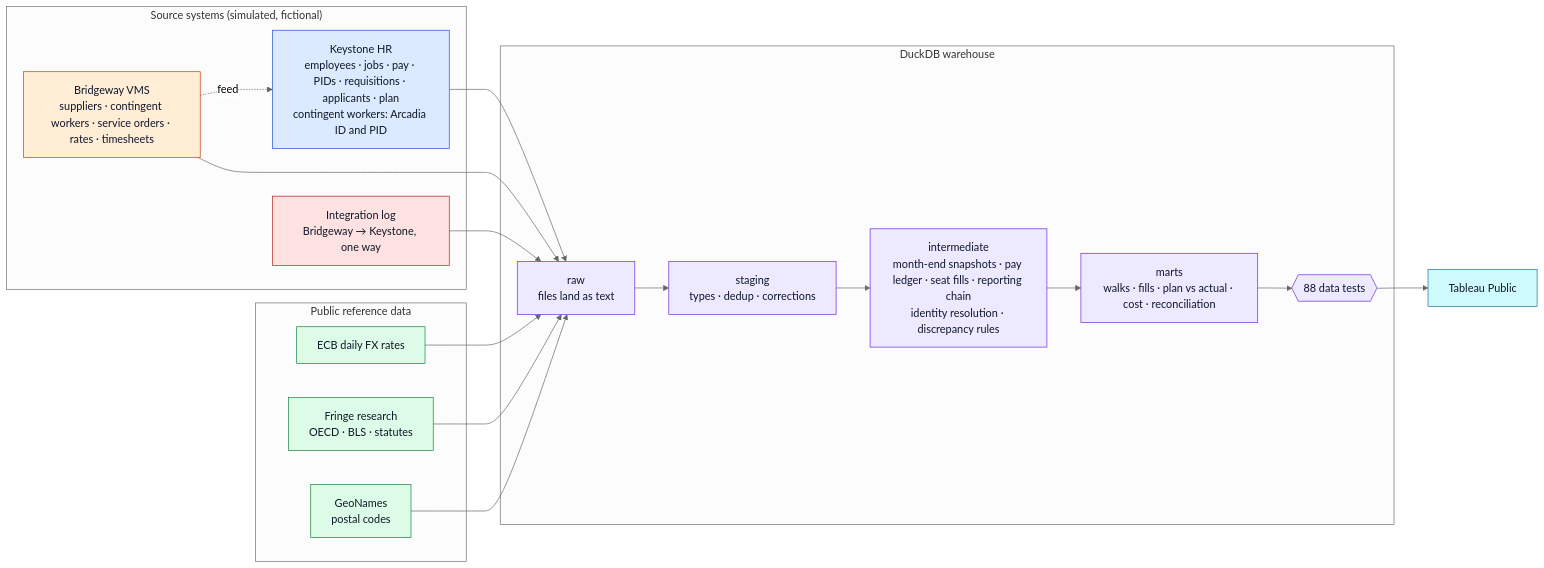
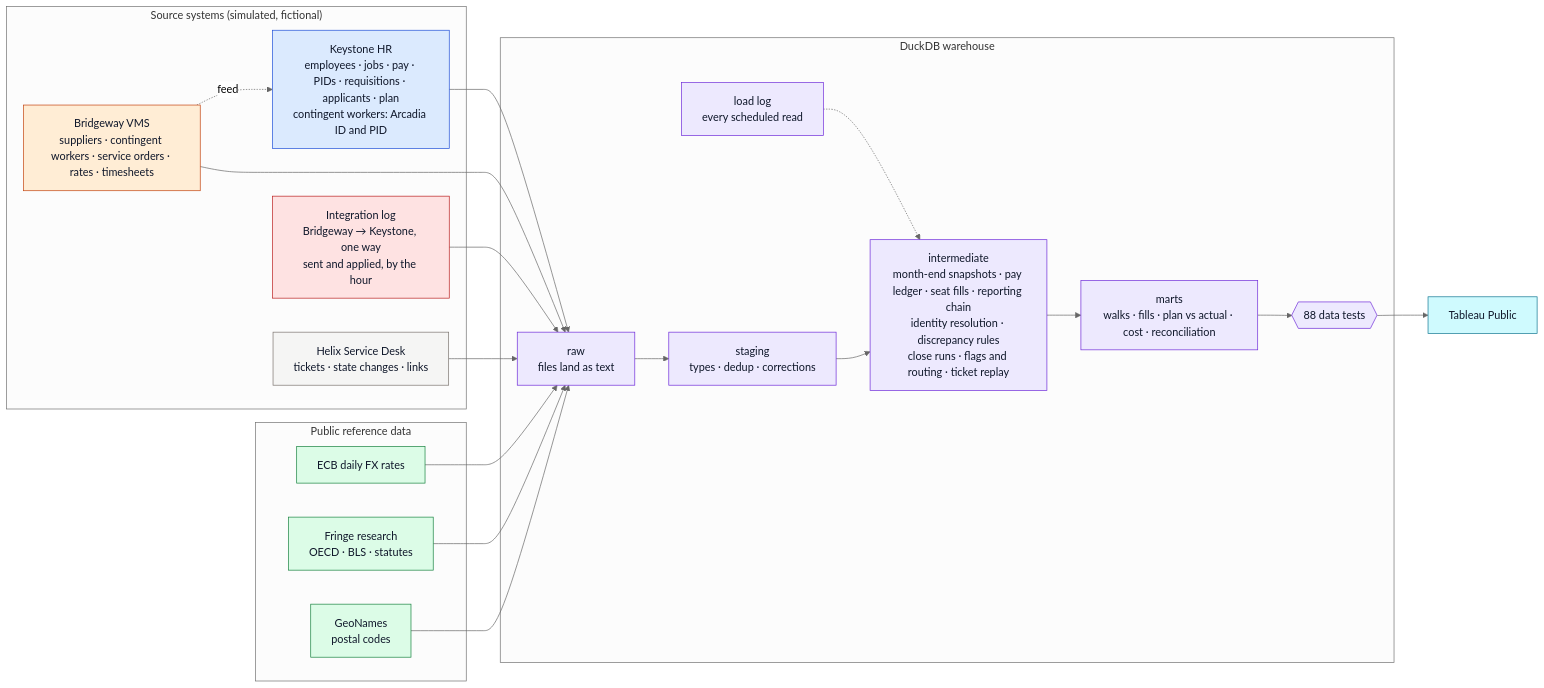
The third of 6 diagrams in README.md (thialp/people-analytics-warehouse), drawn with Mermaid (neutral theme) before and after one commit. The commit also changed other lines of this file and 43 other files, not shown here.

````diff
--- a/README.md
+++ b/README.md
@@ -152,42 +157,48 @@
 ```mermaid
 flowchart LR
     subgraph Sources["Source systems (simulated, fictional)"]
         HR["Keystone HR<br/>employees · jobs · pay · PIDs · requisitions · applicants · plan<br/>contingent workers: Arcadia ID and PID"]
         VMS["Bridgeway VMS<br/>suppliers · contingent workers · service orders · rates · timesheets"]
-        FEED["Integration log<br/>Bridgeway → Keystone, one way"]
+        FEED["Integration log<br/>Bridgeway → Keystone, one way<br/>sent and applied, by the hour"]
+        HLX["Helix Service Desk<br/>tickets · state changes · links"]
     end
     subgraph Public["Public reference data"]
         ECB["ECB daily FX rates"]
         FRG["Fringe research<br/>OECD · BLS · statutes"]
         GEO["GeoNames<br/>postal codes"]
     end
     subgraph WH["DuckDB warehouse"]
         RAW["raw<br/>files land as text"]
         STG["staging<br/>types · dedup · corrections"]
-        INT["intermediate<br/>month-end snapshots · pay ledger · seat fills · reporting chain<br/>identity resolution · discrepancy rules"]
+        INT["intermediate<br/>month-end snapshots · pay ledger · seat fills · reporting chain<br/>identity resolution · discrepancy rules<br/>close runs · flags and routing · ticket replay"]
+        LOG["load log<br/>every scheduled read"]
         MART["marts<br/>walks · fills · plan vs actual · cost · reconciliation"]
         TEST{{"88 data tests"}}
     end
     TAB["Tableau Public"]
     VMS -. feed .-> HR
     HR --> RAW
     VMS --> RAW
     FEED --> RAW
+    HLX --> RAW
+    LOG -.-> INT
     ECB --> RAW
     FRG --> RAW
     GEO --> RAW
     RAW --> STG --> INT --> MART --> TEST --> TAB
 
     classDef hr fill:#dbeafe,stroke:#1d4ed8,color:#0f172a
     classDef vms fill:#ffedd5,stroke:#c2410c,color:#0f172a
     classDef feed fill:#fee2e2,stroke:#b91c1c,color:#0f172a
     classDef pub fill:#dcfce7,stroke:#15803d,color:#0f172a
     classDef wh fill:#ede9fe,stroke:#6d28d9,color:#0f172a
     classDef dash fill:#cffafe,stroke:#0e7490,color:#0f172a
+    classDef hlx fill:#f5f5f4,stroke:#78716c,color:#0f172a
     class HR hr
     class VMS vms
     class FEED feed
+    class HLX hlx
     class ECB,FRG,GEO pub
-    class RAW,STG,INT,MART,TEST wh
+    class RAW,STG,INT,MART,TEST,LOG wh
     class TAB dash
 ```
````
